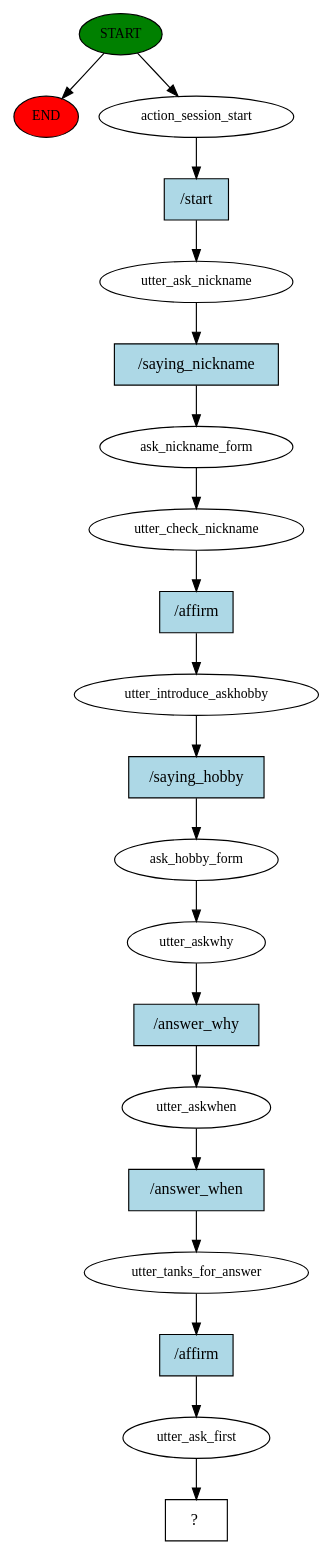
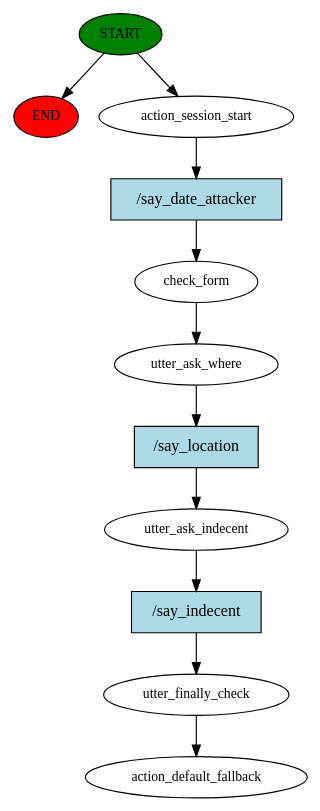
One commit to zeze98/RASA changed the diagram in story_graph.dot. Above: the diagram before and after it, drawn with Graphviz. The commit also changed 7 other files, not shown here.

```diff
--- a/story_graph.dot
+++ b/story_graph.dot
@@ -1,41 +1,23 @@
 digraph  {
 0 [class="start active", fillcolor=green, fontsize=12, label=START, style=filled];
 "-1" [class=end, fillcolor=red, fontsize=12, label=END, style=filled];
 1 [class=active, fontsize=12, label=action_session_start];
-2 [class=active, fontsize=12, label=utter_ask_nickname];
-3 [class=active, fontsize=12, label=ask_nickname_form];
-4 [class=active, fontsize=12, label=utter_check_nickname];
-5 [class=active, fontsize=12, label=utter_introduce_askhobby];
-6 [class=active, fontsize=12, label=ask_hobby_form];
-7 [class=active, fontsize=12, label=utter_askwhy];
-8 [class=active, fontsize=12, label=utter_askwhen];
-9 [class=active, fontsize=12, label=utter_tanks_for_answer];
-10 [class=active, fontsize=12, label=utter_ask_first];
-11 [class="intent dashed active", label="  ?  ", shape=rect];
-12 [class="intent active", fillcolor=lightblue, label="/start", shape=rect, style=filled];
-13 [class="intent active", fillcolor=lightblue, label="/saying_nickname", shape=rect, style=filled];
-14 [class="intent active", fillcolor=lightblue, label="/affirm", shape=rect, style=filled];
-15 [class="intent active", fillcolor=lightblue, label="/saying_hobby", shape=rect, style=filled];
-16 [class="intent active", fillcolor=lightblue, label="/answer_why", shape=rect, style=filled];
-17 [class="intent active", fillcolor=lightblue, label="/answer_when", shape=rect, style=filled];
-18 [class="intent active", fillcolor=lightblue, label="/affirm", shape=rect, style=filled];
+2 [class=active, fontsize=12, label=check_form];
+3 [class=active, fontsize=12, label=utter_ask_where];
+4 [class=active, fontsize=12, label=utter_ask_indecent];
+5 [class=active, fontsize=12, label=utter_finally_check];
+6 [class="dashed active", fontsize=12, label=action_default_fallback];
+7 [class="intent active", fillcolor=lightblue, label="/say_date_attacker", shape=rect, style=filled];
+8 [class="intent active", fillcolor=lightblue, label="/say_location", shape=rect, style=filled];
+9 [class="intent active", fillcolor=lightblue, label="/say_indecent", shape=rect, style=filled];
 0 -> "-1"  [class="", key=NONE, label=""];
 0 -> 1  [class=active, key=NONE, label=""];
-1 -> 12  [class=active, key=0];
-2 -> 13  [class=active, key=0];
-3 -> 4  [class=active, key=NONE, label=""];
-4 -> 14  [class=active, key=0];
-5 -> 15  [class=active, key=0];
-6 -> 7  [class=active, key=NONE, label=""];
-7 -> 16  [class=active, key=0];
-8 -> 17  [class=active, key=0];
-9 -> 18  [class=active, key=0];
-10 -> 11  [class=active, key=NONE, label=""];
-12 -> 2  [class=active, key=0];
-13 -> 3  [class=active, key=0];
-14 -> 5  [class=active, key=0];
-15 -> 6  [class=active, key=0];
-16 -> 8  [class=active, key=0];
-17 -> 9  [class=active, key=0];
-18 -> 10  [class=active, key=0];
+1 -> 7  [class=active, key=0];
+2 -> 3  [class=active, key=NONE, label=""];
+3 -> 8  [class=active, key=0];
+4 -> 9  [class=active, key=0];
+5 -> 6  [class=active, key=NONE, label=""];
+7 -> 2  [class=active, key=0];
+8 -> 4  [class=active, key=0];
+9 -> 5  [class=active, key=0];
 }
```
